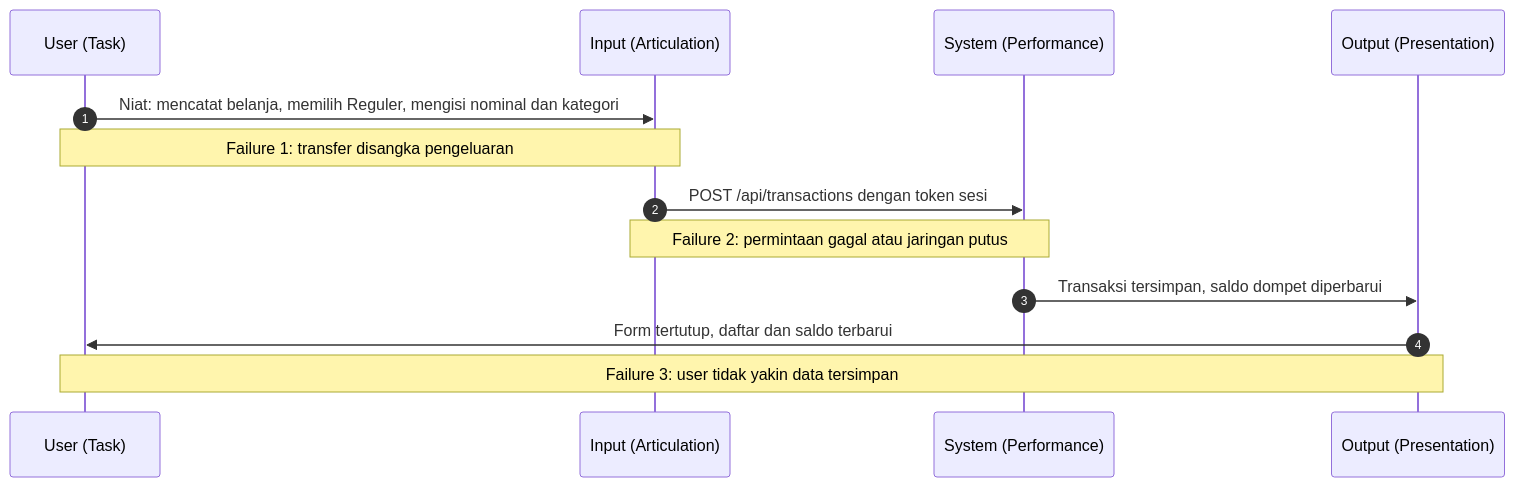
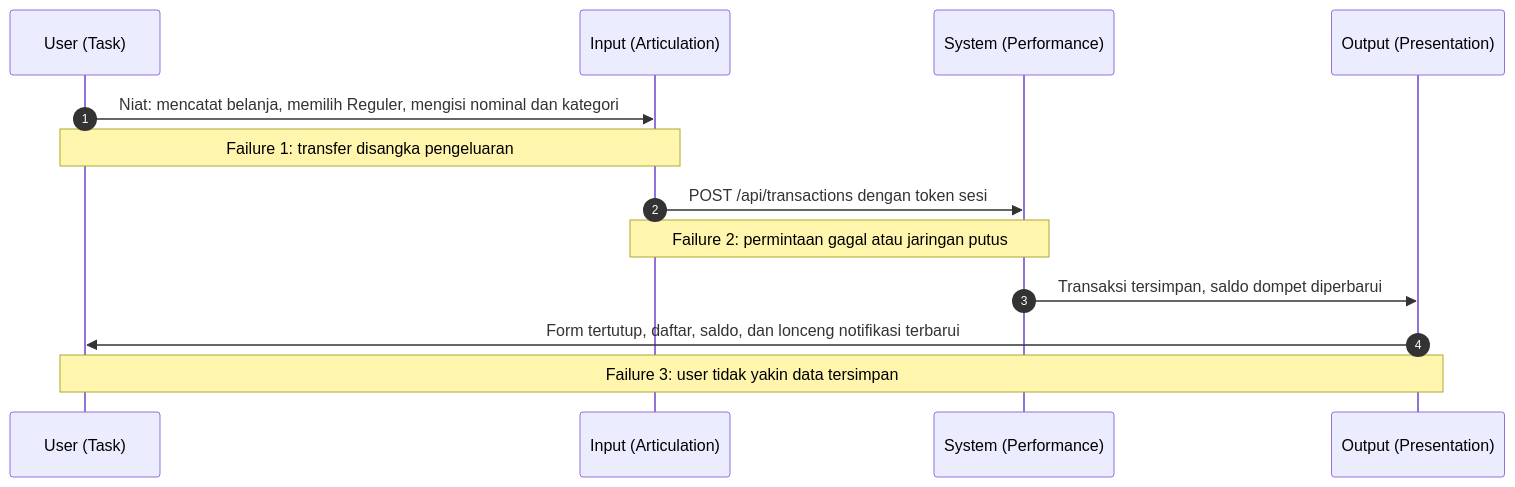
One commit to umaralf2735/Tabungan changed the first of 3 diagrams in README.md. Above: the diagram before and after it, drawn with Mermaid. The commit also changed other lines of this file, not shown here.

````diff
--- a/README.md
+++ b/README.md
@@ -105,16 +139,16 @@
 ```mermaid
 sequenceDiagram
     autonumber
     participant U as User (Task)
     participant I as Input (Articulation)
     participant S as System (Performance)
     participant O as Output (Presentation)
 
     U->>I: Niat: mencatat belanja, memilih Reguler, mengisi nominal dan kategori
     Note over U,I: Failure 1: transfer disangka pengeluaran
     I->>S: POST /api/transactions dengan token sesi
     Note over I,S: Failure 2: permintaan gagal atau jaringan putus
     S->>O: Transaksi tersimpan, saldo dompet diperbarui
-    O->>U: Form tertutup, daftar dan saldo terbarui
+    O->>U: Form tertutup, daftar, saldo, dan lonceng notifikasi terbarui
     Note over O,U: Failure 3: user tidak yakin data tersimpan
 ```
````
